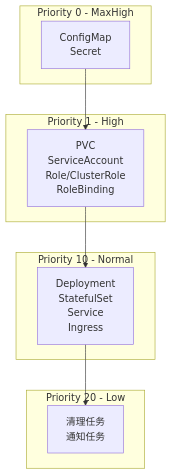
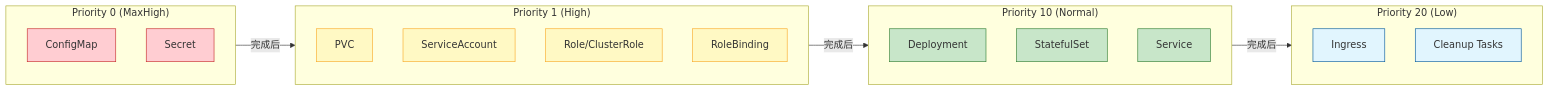
The seventh of 18 diagrams in docs/architecture-diagrams.md (SilentEchoe/KubeMin-Cli), drawn with Mermaid before and after one commit. The commit also changed other lines of this file and 33 other files, not shown here.

````diff
--- a/docs/architecture-diagrams.md
+++ b/docs/architecture-diagrams.md
@@ -507,20 +376,39 @@
 ```mermaid
-flowchart TB
-    subgraph Priority0 [Priority 0 - MaxHigh]
-        P0[ConfigMap<br/>Secret]
+flowchart LR
+    subgraph Priority0["Priority 0 (MaxHigh)"]
+        CM[ConfigMap]
+        Secret[Secret]
+    end
+    
+    subgraph Priority1["Priority 1 (High)"]
+        PVC[PVC]
+        SA[ServiceAccount]
+        Role[Role/ClusterRole]
+        RB[RoleBinding]
+    end
+    
+    subgraph Priority10["Priority 10 (Normal)"]
+        Deploy[Deployment]
+        STS[StatefulSet]
+        SVC[Service]
+    end
+    
+    subgraph Priority20["Priority 20 (Low)"]
+        Ingress[Ingress]
+        Cleanup[Cleanup Tasks]
     end
 
-    subgraph Priority1 [Priority 1 - High]
-        P1[PVC<br/>ServiceAccount<br/>Role/ClusterRole<br/>RoleBinding]
-    end
+    Priority0 -->|完成后| Priority1
+    Priority1 -->|完成后| Priority10
+    Priority10 -->|完成后| Priority20
 
-    subgraph Priority10 [Priority 10 - Normal]
-        P10[Deployment<br/>StatefulSet<br/>Service<br/>Ingress]
-    end
+    classDef p0 fill:#ffcdd2,stroke:#c62828
+    classDef p1 fill:#fff9c4,stroke:#f9a825
+    classDef p10 fill:#c8e6c9,stroke:#2e7d32
+    classDef p20 fill:#e1f5fe,stroke:#01579b
 
-    subgraph Priority20 [Priority 20 - Low]
-        P20[清理任务<br/>通知任务]
-    end
-
-    P0 --> P1 --> P10 --> P20
+    class CM,Secret p0
+    class PVC,SA,Role,RB p1
+    class Deploy,STS,SVC p10
+    class Ingress,Cleanup p20
 ```
````
